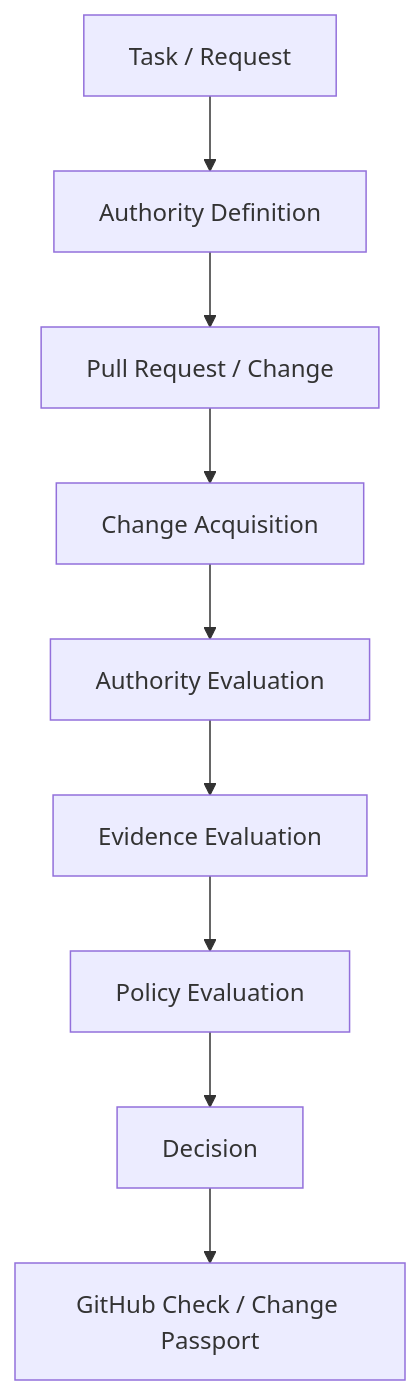
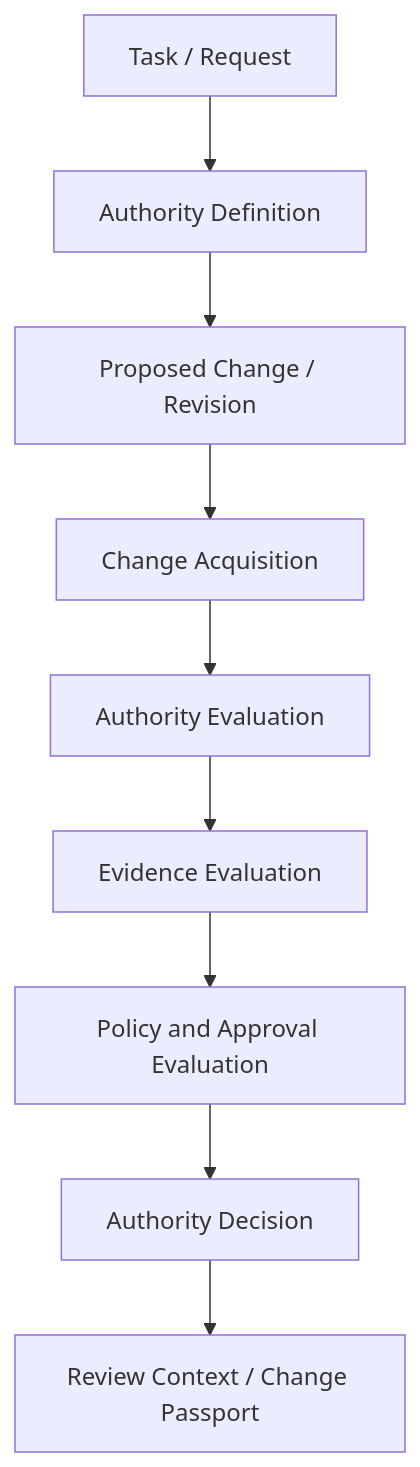
The diagram in docs/architecture.md (DonUserOn/sentaryn-showcase), drawn with Mermaid before and after one commit. The commit also changed other lines of this file and 6 other files, not shown here.

````diff
--- a/docs/architecture.md
+++ b/docs/architecture.md
@@ -5,11 +5,11 @@
 ```mermaid
 flowchart TD
     A[Task / Request] --> B[Authority Definition]
-    B --> C[Pull Request / Change]
+    B --> C[Proposed Change / Revision]
     C --> D[Change Acquisition]
     D --> E[Authority Evaluation]
     E --> F[Evidence Evaluation]
-    F --> G[Policy Evaluation]
-    G --> H[Decision]
-    H --> I[GitHub Check / Change Passport]
+    F --> G[Policy and Approval Evaluation]
+    G --> H[Authority Decision]
+    H --> I[Review Context / Change Passport]
 ```
````
